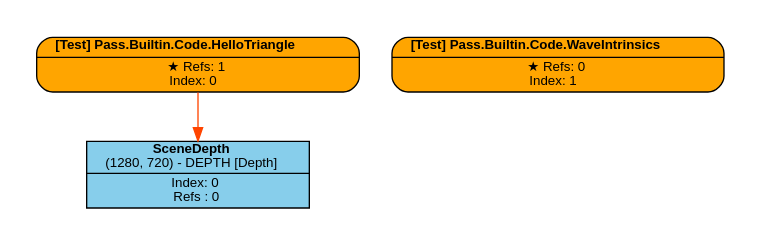
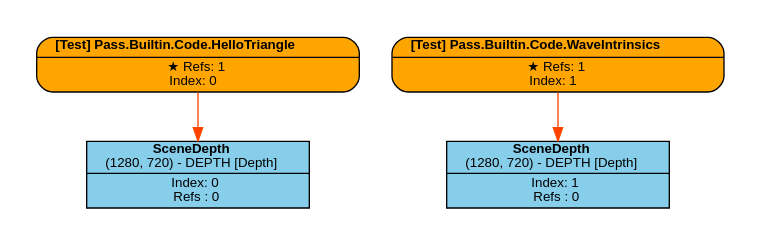
One commit to Pikachuxxxx/Razix changed the diagram in Engine/content/FrameGraphs/data_driven_editor_test.dot. Above: the diagram before and after it, drawn with Graphviz. The commit also changed 3 other files, not shown here.

```diff
--- a/Engine/content/FrameGraphs/data_driven_editor_test.dot
+++ b/Engine/content/FrameGraphs/data_driven_editor_test.dot
@@ -1,27 +1,29 @@
 digraph FrameGraph {
 graph [style=invis, rankdir="TB" ordering=out, splines=spline]
 node [shape=record, fontname="helvetica", fontsize=10, margin="0.2,0.03"]
 
 P0 [label=<{ {<B>[Test] Pass.Builtin.Code.HelloTriangle</B>} | {&#x2605; Refs: 1<BR/> Index: 0} }> style="rounded,filled", fillcolor=orange]
-P1 [label=<{ {<B>[Test] Pass.Builtin.Code.WaveIntrinsics</B>} | {&#x2605; Refs: 0<BR/> Index: 1} }> style="rounded,filled", fillcolor=orange]
+P1 [label=<{ {<B>[Test] Pass.Builtin.Code.WaveIntrinsics</B>} | {&#x2605; Refs: 1<BR/> Index: 1} }> style="rounded,filled", fillcolor=orange]
 
 R0_1 [label=<{ {<B>SceneDepth</B><BR/>(1280, 720) - DEPTH [Depth]} | {Index: 0<BR/>Refs : 0} }> style=filled, fillcolor=skyblue]
+R1_1 [label=<{ {<B>SceneDepth</B><BR/>(1280, 720) - DEPTH [Depth]} | {Index: 1<BR/>Refs : 0} }> style=filled, fillcolor=skyblue]
 
 P0 -> { R0_1 } [color=orangered]
-P1 -> { } [color=orangered]
+P1 -> { R1_1 } [color=orangered]
 
 R0_1 -> { } [color=olivedrab3]
+R1_1 -> { } [color=olivedrab3]
 
 subgraph cluster_0 {
 P0 R0_1 
 }
 subgraph cluster_1 {
-P1 
+P1 R1_1 
 }
 
 subgraph cluster_imported_resources {
 graph [style=dotted, fontname="helvetica", label=< <B>Imported</B> >]
 
 }
 
 }
```
